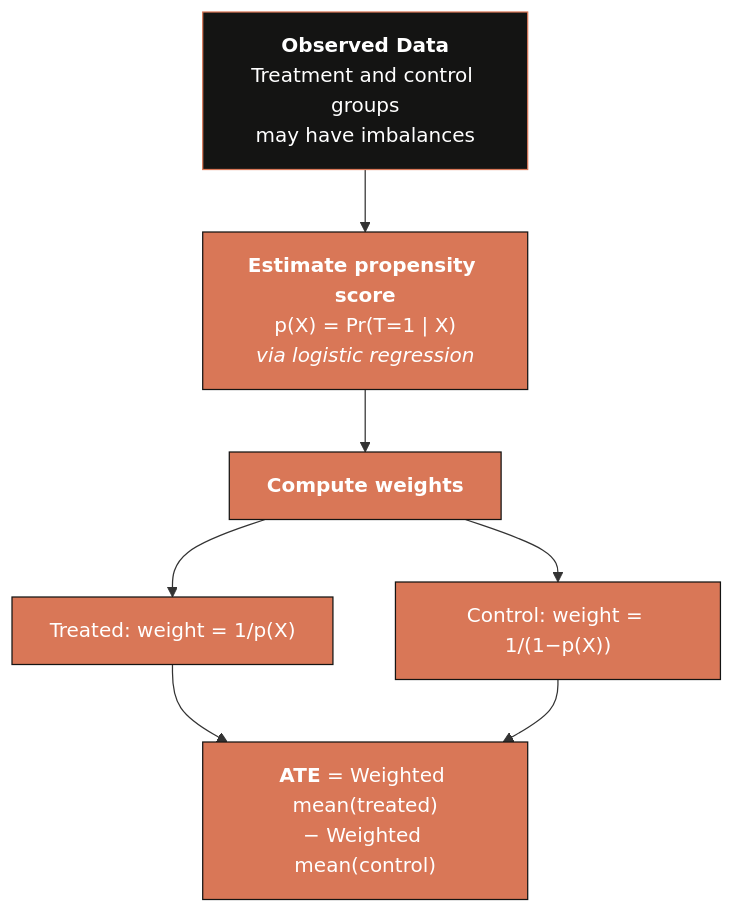
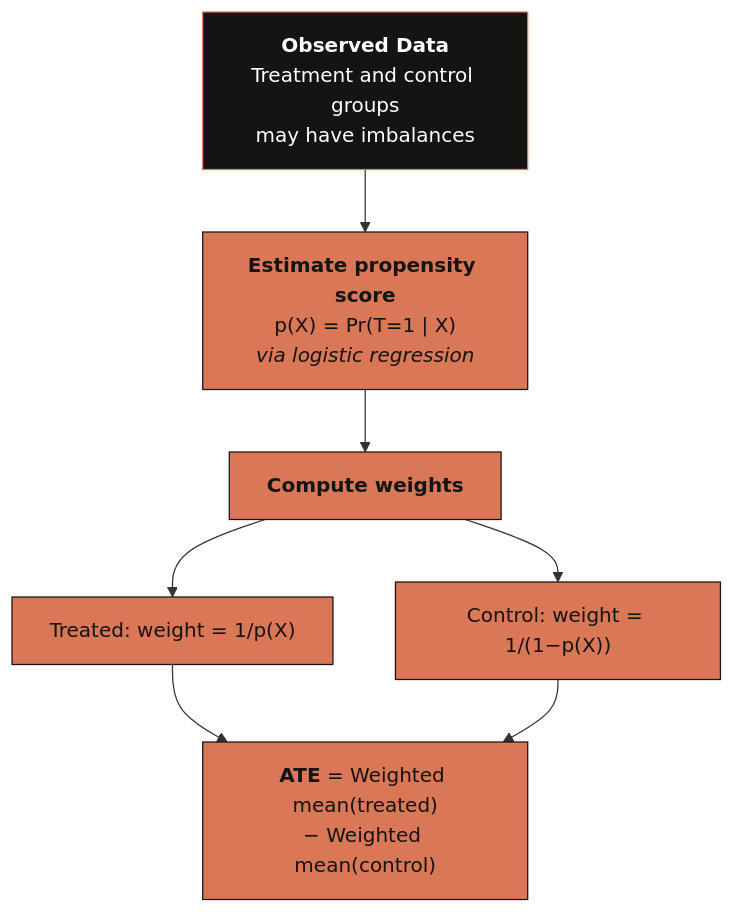
One commit to cmg777/starter-academic-v501 changed the fourth of 8 diagrams in content/post/stata_rct/index.md. Above: the diagram before and after it, drawn with Mermaid. The commit also changed other lines of this file and 67 other files, not shown here.

First line of the commit message:
fix(mermaid): readable diagram text in both themes across the site

````diff
--- a/content/post/stata_rct/index.md
+++ b/content/post/stata_rct/index.md
@@ -662,23 +662,23 @@
 ```mermaid
 graph TD
     DATA["<b>Observed Data</b><br/>Treatment and control groups<br/>may have imbalances"]
     PS["<b>Estimate propensity score</b><br/>p(X) = Pr(T=1 | X)<br/><i>via logistic regression</i>"]
     WT["<b>Compute weights</b>"]
     WTR["Treated: weight = 1/p(X)"]
     WCT["Control: weight = 1/(1−p(X))"]
     ATE["<b>ATE</b> = Weighted mean(treated)<br/>− Weighted mean(control)"]
 
     DATA --> PS
     PS --> WT
     WT --> WTR
     WT --> WCT
     WTR --> ATE
     WCT --> ATE
 
     style DATA fill:#141413,stroke:#d97757,color:#fff
-    style PS fill:#d97757,stroke:#141413,color:#fff
-    style WT fill:#d97757,stroke:#141413,color:#fff
-    style WTR fill:#d97757,stroke:#141413,color:#fff
-    style WCT fill:#d97757,stroke:#141413,color:#fff
-    style ATE fill:#d97757,stroke:#141413,color:#fff
+    style PS fill:#d97757,stroke:#141413,color:#141413
+    style WT fill:#d97757,stroke:#141413,color:#141413
+    style WTR fill:#d97757,stroke:#141413,color:#141413
+    style WCT fill:#d97757,stroke:#141413,color:#141413
+    style ATE fill:#d97757,stroke:#141413,color:#141413
 ```
````
